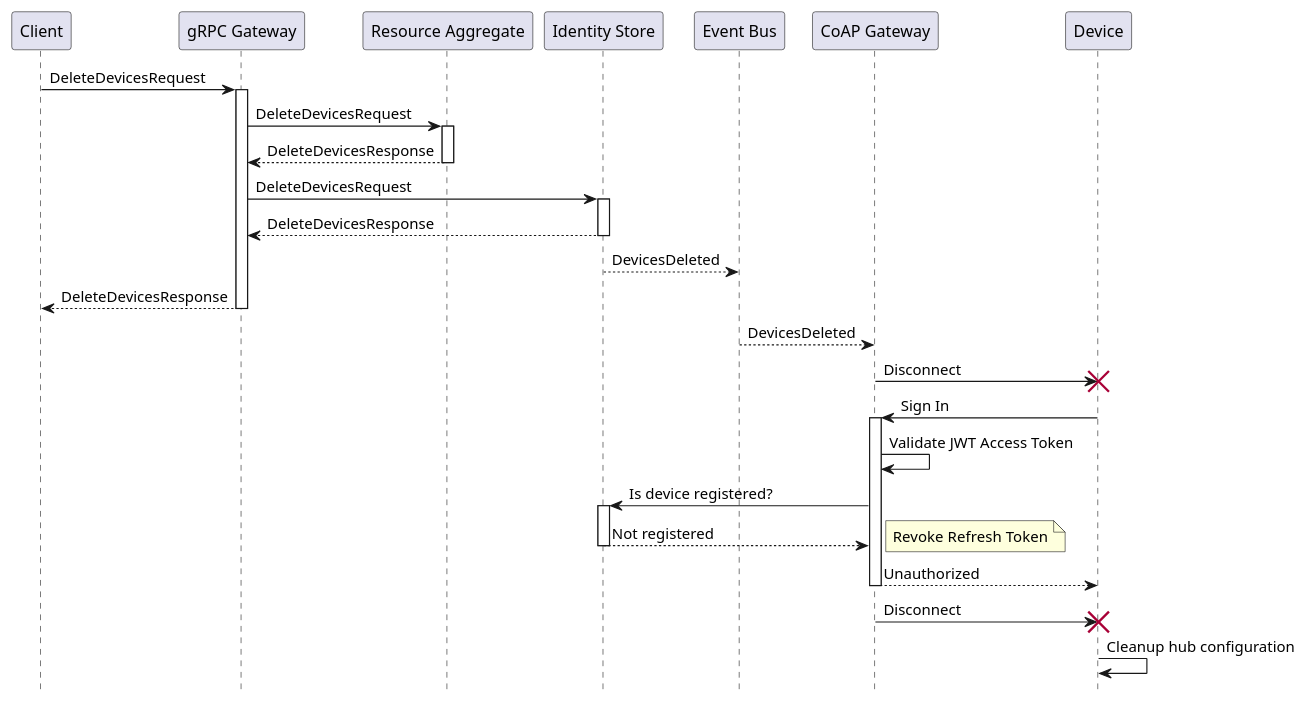
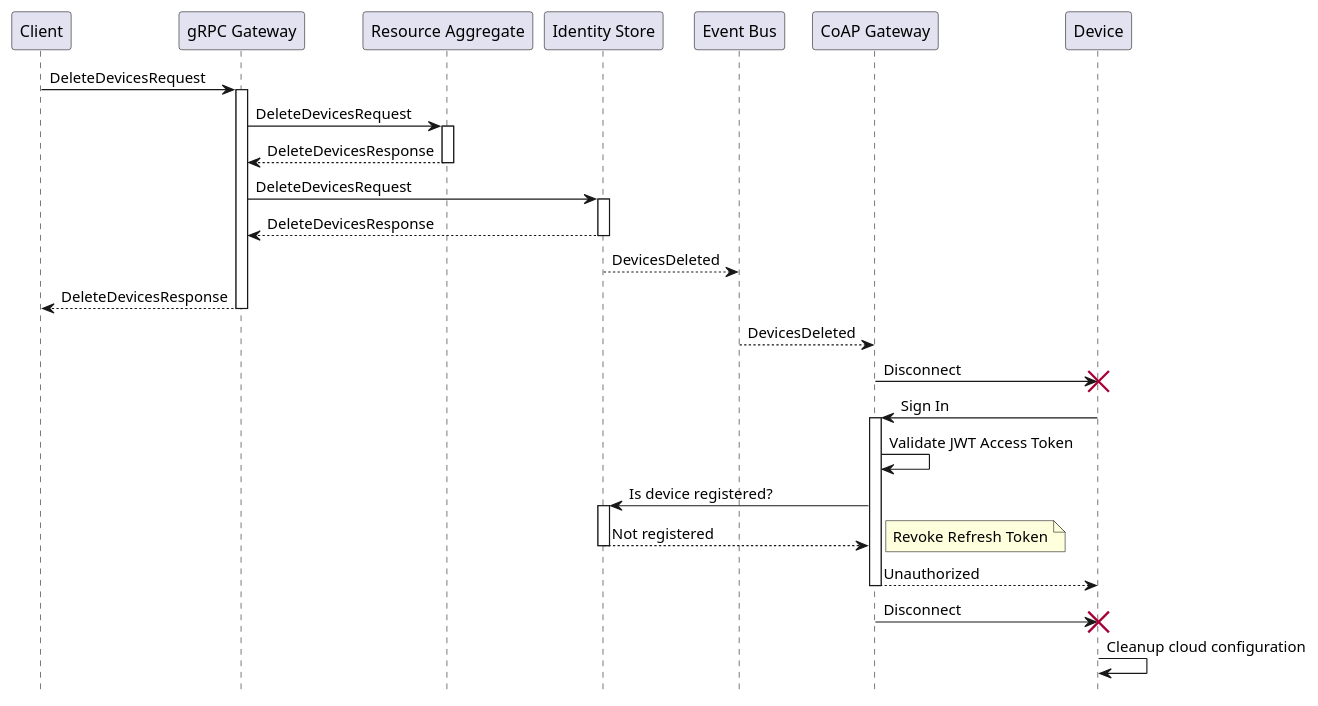
Before and after one commit to plgd-dev/doc: the sixth of 7 diagrams in content/en/architecture/component-overview.md, drawn with PlantUML. The commit also changed other lines of this file and 4 other files, not shown here.

```diff
--- a/content/en/architecture/component-overview.md
+++ b/content/en/architecture/component-overview.md
@@ -243,38 +243,38 @@
 {{< plantuml id="device-delete" >}}
 @startuml
 skinparam backgroundColor transparent
 hide footbox
 
 participant C as "Client"
 participant GGW as "gRPC Gateway"
 participant RA as "Resource Aggregate"
 participant IS as "Identity Store"
 participant EB as "Event Bus"
 participant CGW as "CoAP Gateway"
 participant D as "Device"
 
 C -> GGW ++: DeleteDevicesRequest
 GGW -> RA ++: DeleteDevicesRequest
 return DeleteDevicesResponse
 GGW -> IS ++: DeleteDevicesRequest
 return DeleteDevicesResponse
 IS --> EB: DevicesDeleted
 return DeleteDevicesResponse
 EB --> CGW: DevicesDeleted
 CGW -> D: Disconnect
 destroy D
 
 D -> CGW ++: Sign In
 CGW -> CGW: Validate JWT Access Token
 CGW -> IS ++: Is device registered?
 return Not registered
 note right
   Revoke Refresh Token
 end note
 return Unauthorized
 CGW -> D: Disconnect
 destroy D
 
-D -> D: Cleanup hub configuration
+D -> D: Cleanup cloud configuration
 @enduml
 {{< /plantuml >}}
```
